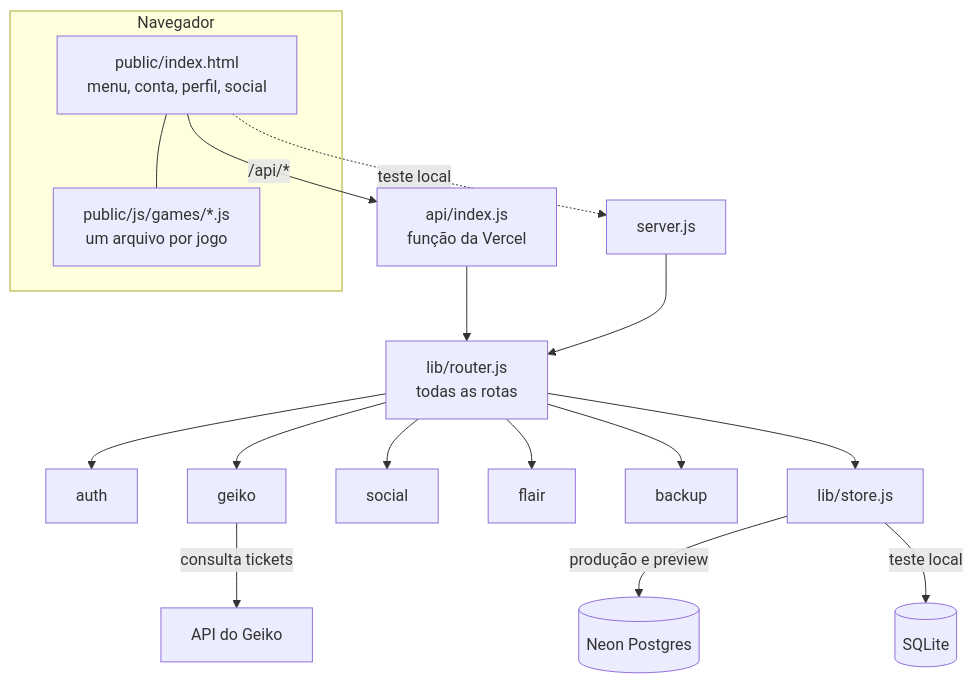
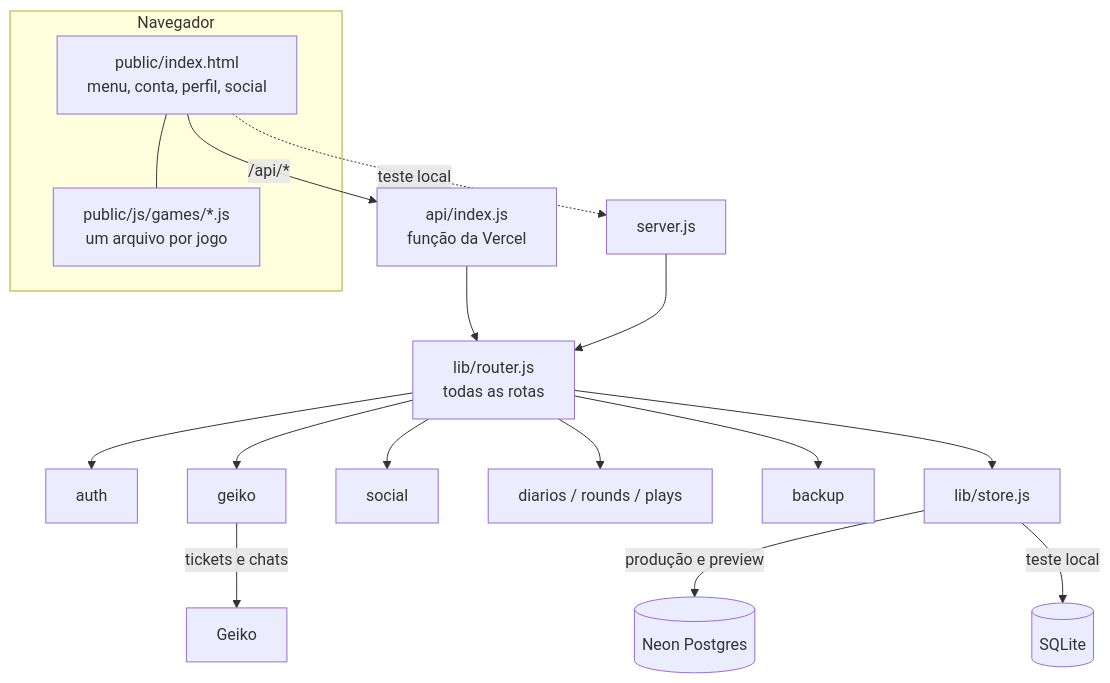
Before and after one commit to PainN04/MicroGames: the second of 2 diagrams in README.md, drawn with Mermaid. The commit also changed other lines of this file and 12 other files, not shown here.

````diff
--- a/README.md
+++ b/README.md
@@ -243,17 +279,17 @@
 ```mermaid
 flowchart TB
     subgraph Navegador
         P[public/index.html<br/>menu, conta, perfil, social]
         G[public/js/games/*.js<br/>um arquivo por jogo]
     end
     P --- G
     P -- /api/* --> F[api/index.js<br/>função da Vercel]
     P -. teste local .-> S[server.js]
     F --> R[lib/router.js<br/>todas as rotas]
     S --> R
-    R --> A[auth] & GK[geiko] & SO[social] & FL[flair] & BK[backup]
+    R --> A[auth] & GK[geiko] & SO[social] & DI[diarios / rounds / plays] & BK[backup]
     R --> ST[lib/store.js]
     ST -- produção e preview --> N[(Neon Postgres)]
     ST -- teste local --> Q[(SQLite)]
-    GK -- consulta tickets --> GAPI[API do Geiko]
+    GK -- tickets e chats --> GAPI[Geiko]
 ```
````
